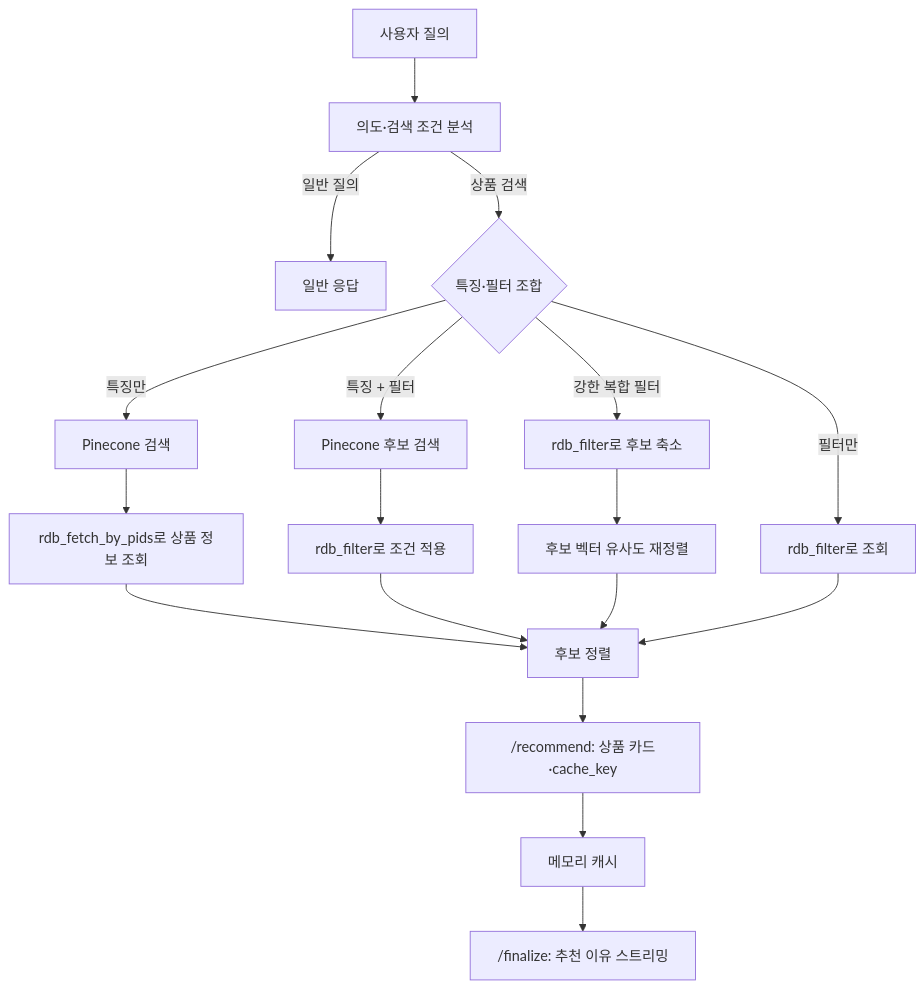
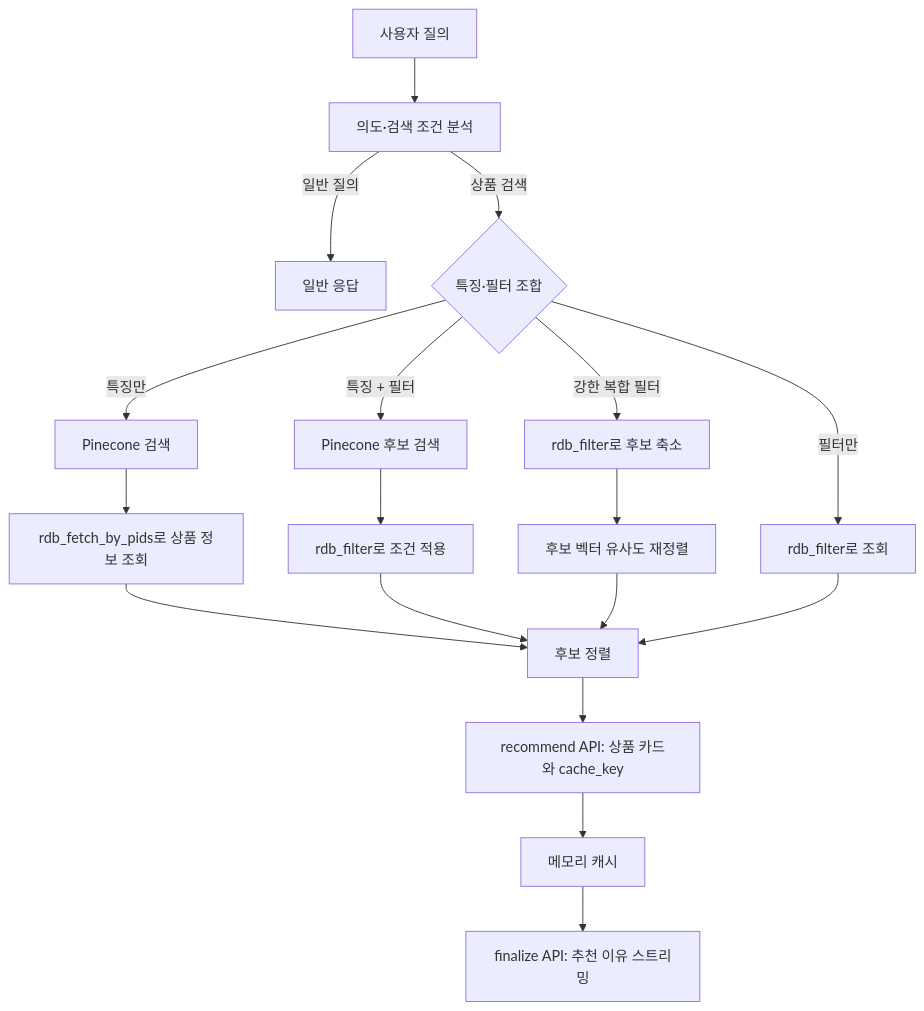
The diagram in readme.md (bhjin97/Team-Grow), drawn with Mermaid before and after one commit. The commit also changed other lines of this file, not shown here.

````diff
--- a/readme.md
+++ b/readme.md
@@ -79,20 +85,20 @@
 ```mermaid
 flowchart TD
     A["사용자 질의"] --> B["의도·검색 조건 분석"]
     B -->|"일반 질의"| C["일반 응답"]
     B -->|"상품 검색"| D{"특징·필터 조합"}
     D -->|"특징만"| E["Pinecone 검색"]
     E --> F["rdb_fetch_by_pids로 상품 정보 조회"]
     D -->|"특징 + 필터"| G["Pinecone 후보 검색"]
     G --> H["rdb_filter로 조건 적용"]
     D -->|"강한 복합 필터"| I["rdb_filter로 후보 축소"]
     I --> J["후보 벡터 유사도 재정렬"]
     D -->|"필터만"| K["rdb_filter로 조회"]
     F --> L["후보 정렬"]
     H --> L
     J --> L
     K --> L
-    L --> M["/recommend: 상품 카드·cache_key"]
+    L --> M["recommend API: 상품 카드와 cache_key"]
     M --> N["메모리 캐시"]
-    N --> O["/finalize: 추천 이유 스트리밍"]
+    N --> O["finalize API: 추천 이유 스트리밍"]
 ```
````
